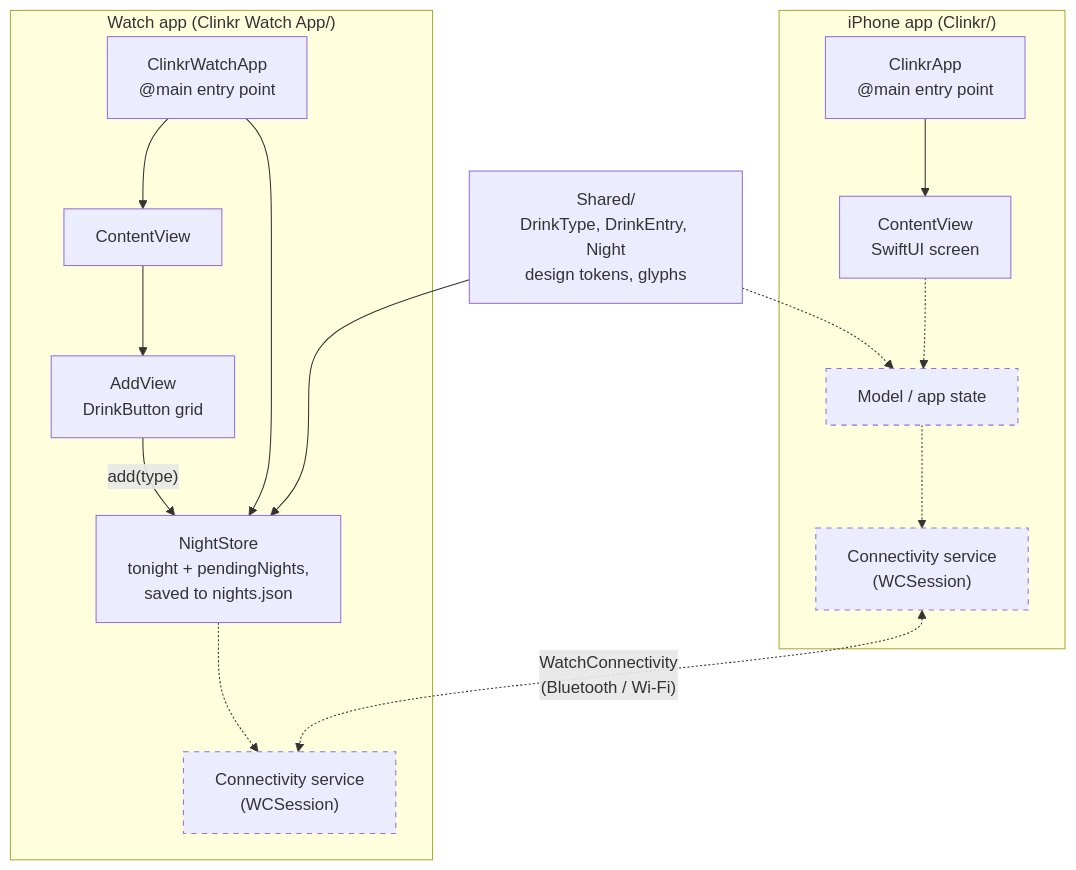
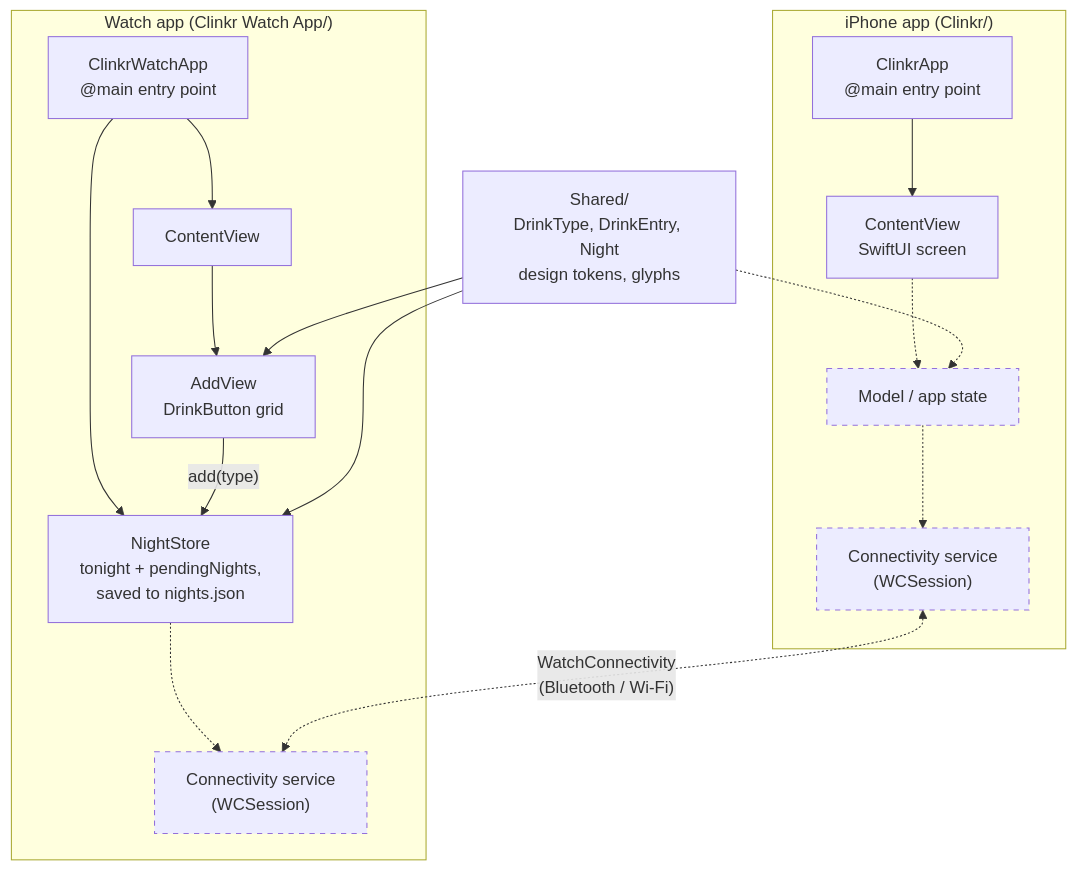
The second of 3 diagrams in docs/ARCHITECTURE.md (pablocolaiacovo/clink), drawn with Mermaid before and after one commit. The commit also changed other lines of this file and 2 other files, not shown here.

````diff
--- a/docs/ARCHITECTURE.md
+++ b/docs/ARCHITECTURE.md
@@ -34,28 +34,29 @@
 ```mermaid
 flowchart TB
     subgraph phone["iPhone app (Clinkr/)"]
         pApp["ClinkrApp<br/>@main entry point"] --> pView["ContentView<br/>SwiftUI screen"]
         pModel["Model / app state"]:::planned
         pSync["Connectivity service<br/>(WCSession)"]:::planned
         pView -.-> pModel
         pModel -.-> pSync
     end
 
     subgraph watch["Watch app (Clinkr Watch App/)"]
         wApp["ClinkrWatchApp<br/>@main entry point"] --> wView["ContentView"]
         wView --> wAdd["AddView<br/>DrinkButton grid"]
         wModel["NightStore<br/>tonight + pendingNights,<br/>saved to nights.json"]
         wSync["Connectivity service<br/>(WCSession)"]:::planned
         wApp --> wModel
         wAdd -- "add(type)" --> wModel
         wModel -.-> wSync
     end
 
     shared["Shared/<br/>DrinkType, DrinkEntry, Night<br/>design tokens, glyphs"]
     shared -.-> pModel
     shared --> wModel
+    shared --> wAdd
 
     pSync <-. "WatchConnectivity<br/>(Bluetooth / Wi-Fi)" .-> wSync
 
     classDef planned stroke-dasharray: 5 5
 ```
````
